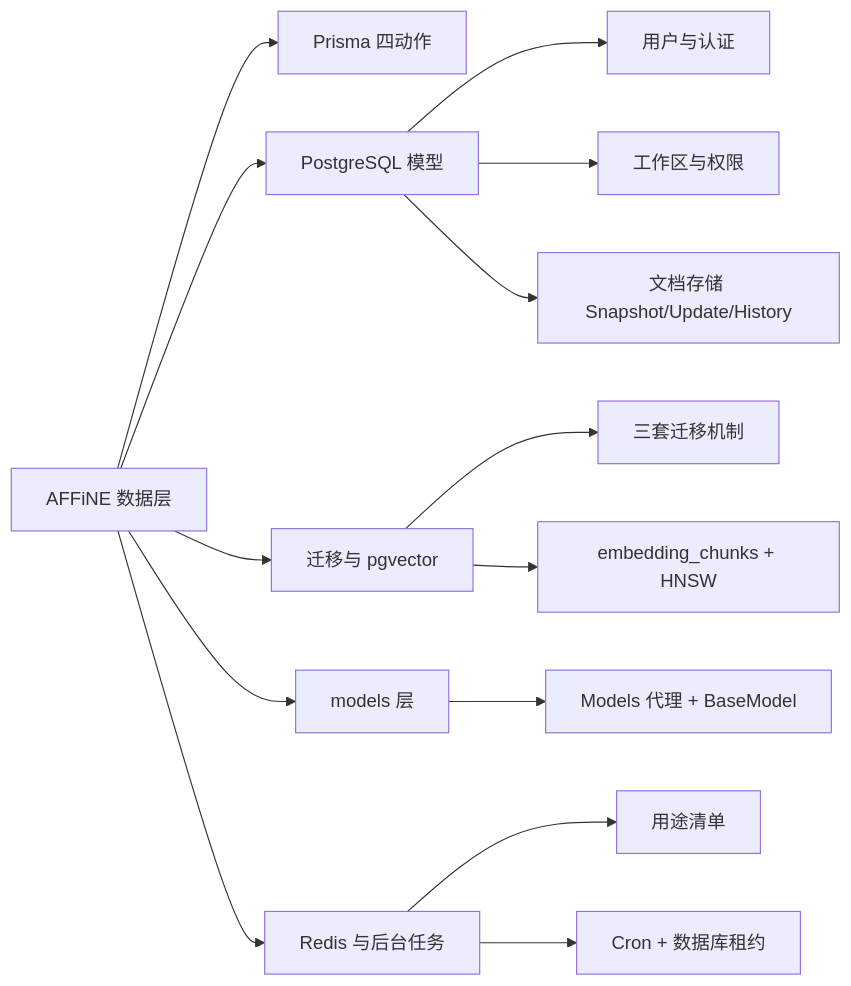
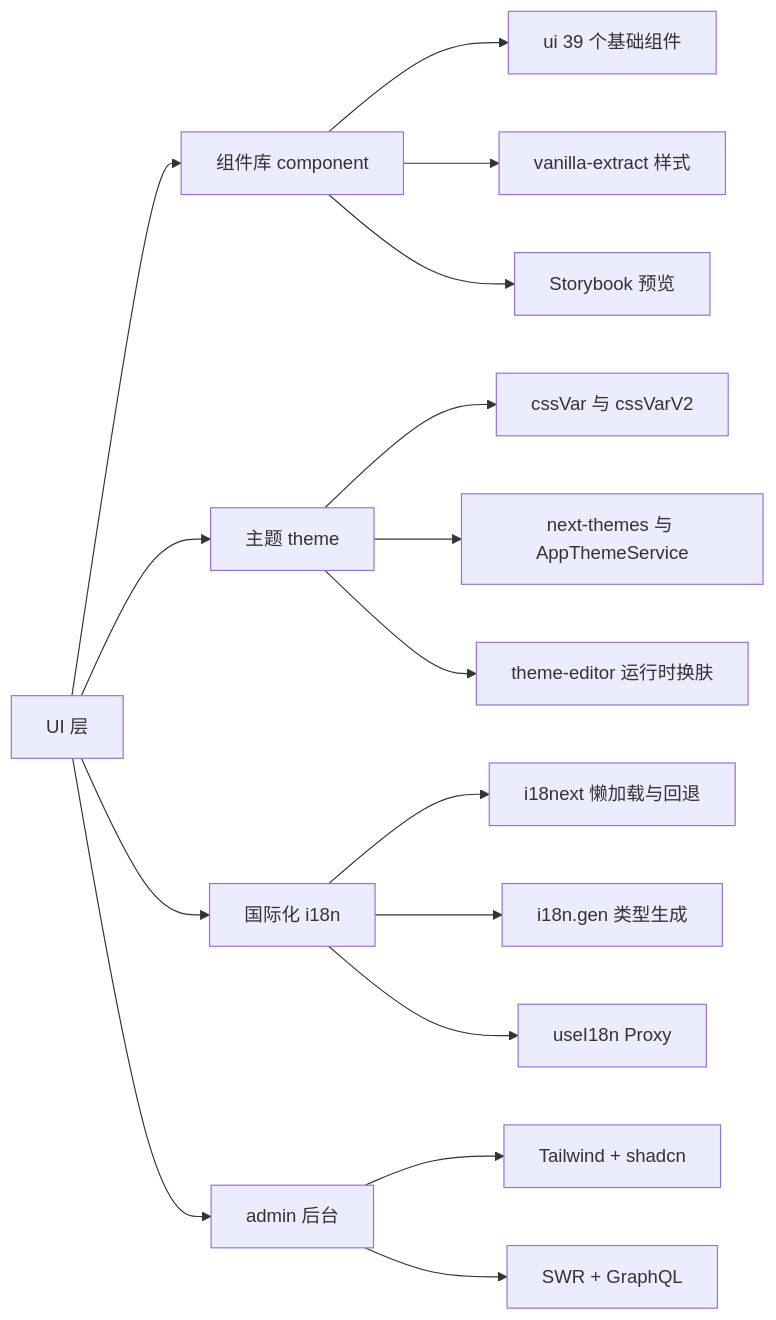
One commit to lfire/AFFiNE changed the first of 3 diagrams in learning-guide/slides/decks/22.md. Above: the diagram before and after it, drawn with Mermaid. The commit also changed other lines of this file and 73 other files, not shown here.

````diff
--- a/learning-guide/slides/decks/22.md
+++ b/learning-guide/slides/decks/22.md
@@ -33,16 +31,18 @@
 ```mermaid
 flowchart LR
-  ROOT["AFFiNE 数据层"] --> P["Prisma 四动作"]
-  ROOT --> M["PostgreSQL 模型"]
-  ROOT --> I["迁移与 pgvector"]
-  ROOT --> L["models 层"]
-  ROOT --> R["Redis 与后台任务"]
-  M --> M1["用户与认证"]
-  M --> M2["工作区与权限"]
-  M --> M3["文档存储 Snapshot/Update/History"]
-  I --> I1["三套迁移机制"]
-  I --> I2["embedding_chunks + HNSW"]
-  L --> L1["Models 代理 + BaseModel"]
-  R --> R1["用途清单"]
-  R --> R2["Cron + 数据库租约"]
+  UI["UI 层"] --> C["组件库 component"]
+  UI --> T["主题 theme"]
+  UI --> I["国际化 i18n"]
+  UI --> A["admin 后台"]
+  C --> C1["ui 39 个基础组件"]
+  C --> C2["vanilla-extract 样式"]
+  C --> C3["Storybook 预览"]
+  T --> T1["cssVar 与 cssVarV2"]
+  T --> T2["next-themes 与 AppThemeService"]
+  T --> T3["theme-editor 运行时换肤"]
+  I --> I1["i18next 懒加载与回退"]
+  I --> I2["i18n.gen 类型生成"]
+  I --> I3["useI18n Proxy"]
+  A --> A1["Tailwind + shadcn"]
+  A --> A2["SWR + GraphQL"]
 ```
````
